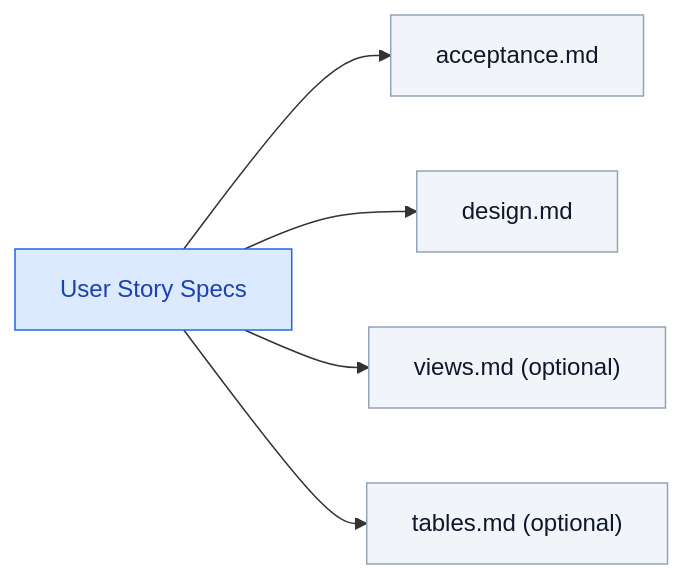
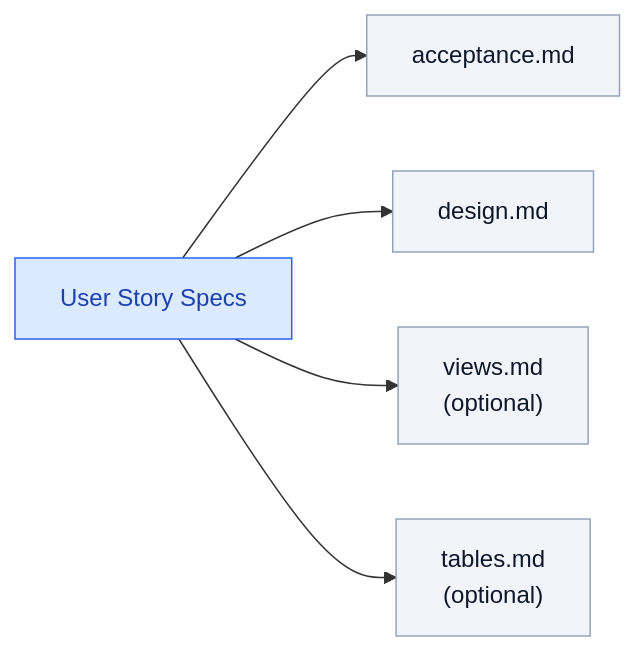
One commit to mtov/AgileSpec changed the fifth of 9 diagrams in README.md. Above: the diagram before and after it, drawn with Mermaid. The commit also changed other lines of this file, not shown here.

Commit message:
docs: improve optional document labels in diagrams

````diff
--- a/README.md
+++ b/README.md
@@ -197,14 +197,14 @@
 ```mermaid
 flowchart LR
     S["User Story Specs"]
     S --> A["acceptance.md"]
     S --> B["design.md"]
-    S --> C["views.md (optional)"]
-    S --> D["tables.md (optional)"]
+    S --> C["views.md<br/>(optional)"]
+    S --> D["tables.md<br/>(optional)"]
 
     classDef root fill:#dbeafe,stroke:#2563eb,color:#1e40af
     classDef doc fill:#f1f5f9,stroke:#94a3b8,color:#0f172a
 
     class S root
     class A,B,C,D doc
 ```
````
